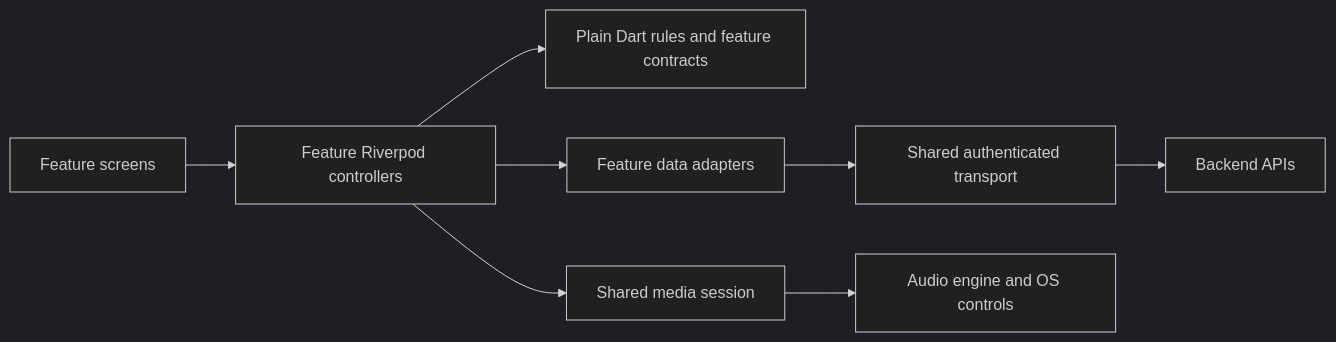
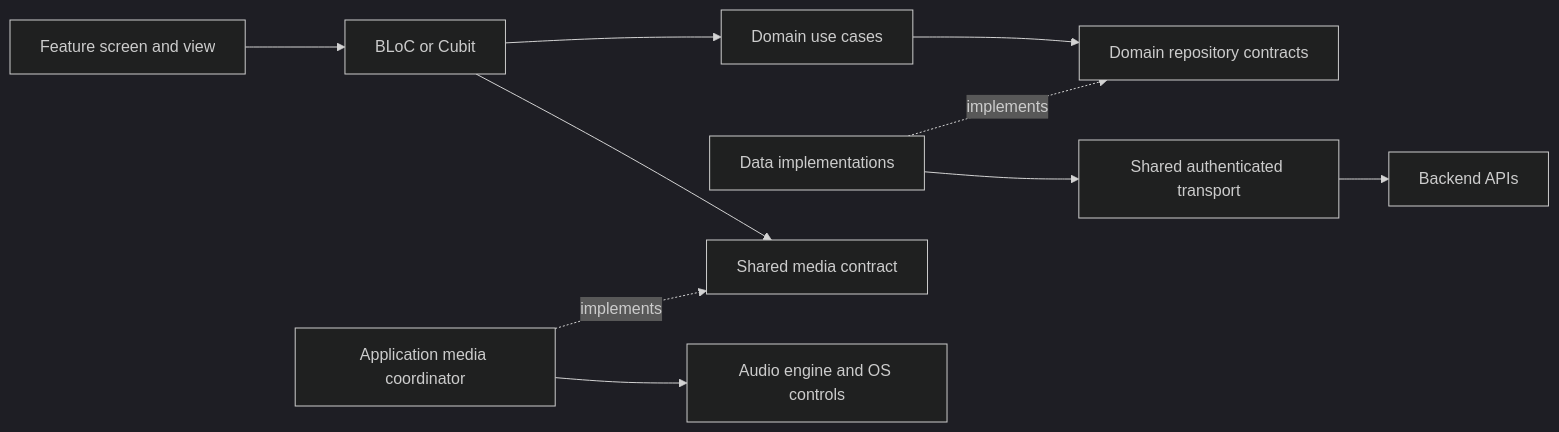
One commit to gurhann/tellpalv2 changed the diagram in _bmad-output/planning-artifacts/architecture/architecture-tellpalv2-2026-09-25/ARCHITECTURE-SPINE.md. Above: the diagram before and after it, drawn with Mermaid (dark theme). The commit also changed other lines of this file and 12 other files, not shown here.

Commit message:
docs(mobile): align replacement architecture with Flutter skills

````diff
--- a/_bmad-output/planning-artifacts/architecture/architecture-tellpalv2-2026-09-25/ARCHITECTURE-SPINE.md
+++ b/_bmad-output/planning-artifacts/architecture/architecture-tellpalv2-2026-09-25/ARCHITECTURE-SPINE.md
@@ -29,10 +30,12 @@
 ```mermaid
 flowchart LR
-  UI[Feature screens] --> State[Feature Riverpod controllers]
-  State --> Domain[Plain Dart rules and feature contracts]
-  State --> Data[Feature data adapters]
+  UI[Feature screen and view] --> State[BLoC or Cubit]
+  State --> UseCase[Domain use cases]
+  UseCase --> Contract[Domain repository contracts]
+  Data[Data implementations] -. implements .-> Contract
   Data --> Transport[Shared authenticated transport]
-  State --> Media[Shared media session]
+  State --> MediaPort[Shared media contract]
+  Media[Application media coordinator] -. implements .-> MediaPort
   Media --> Platform[Audio engine and OS controls]
   Transport --> Backend[Backend APIs]
 ```
````
